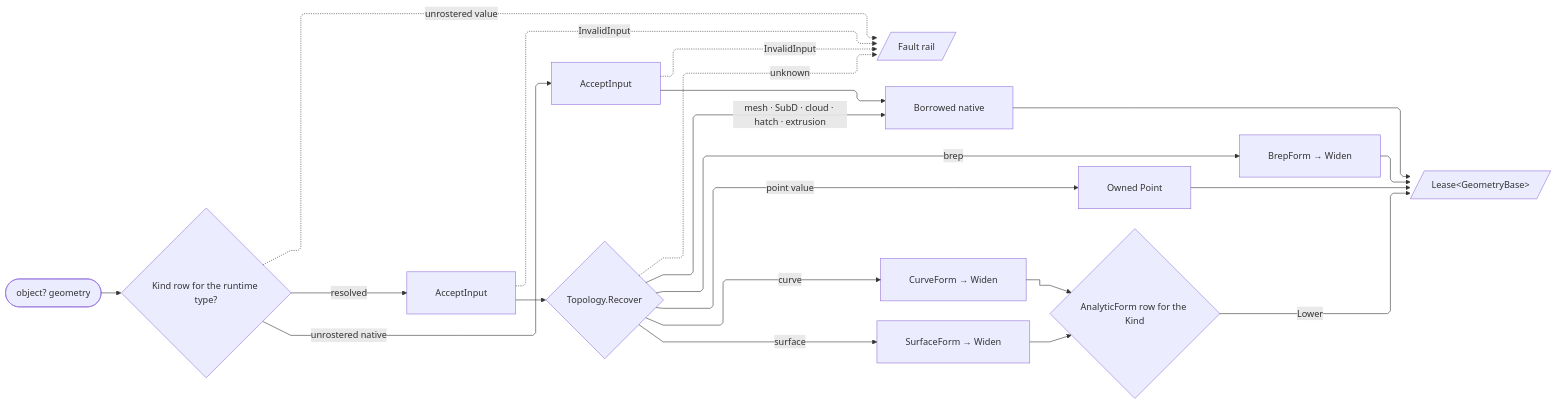
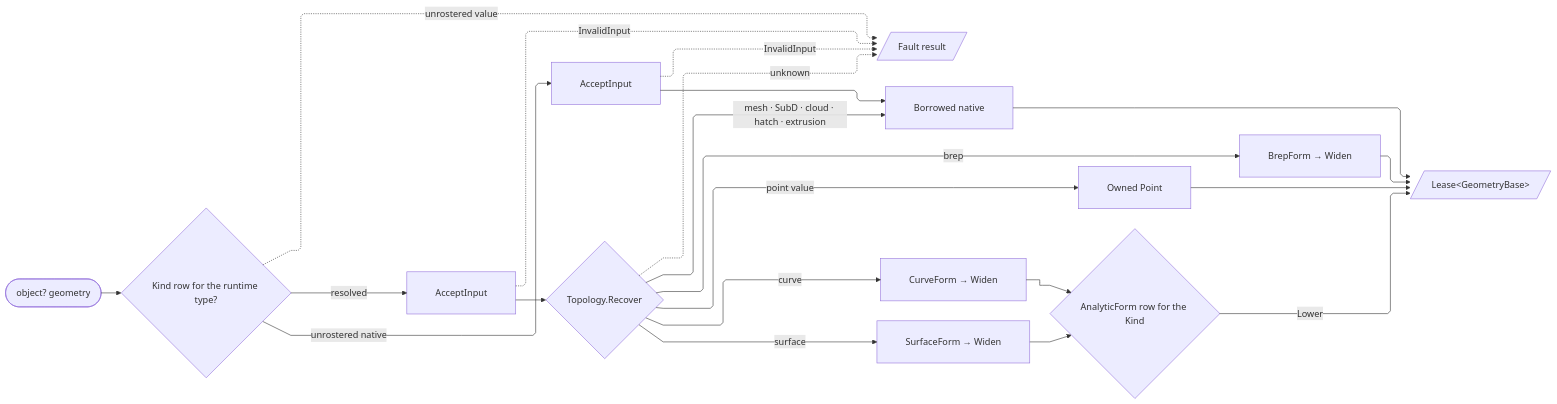
Before and after one commit to bsamiee/Rasm: the diagram in libs/dotnet/Rasm/.planning/Domain/normalization.md, drawn with Mermaid. The commit also changed other lines of this file and 1997 other files, not shown here.

First line of the commit message:
docs: rename rail to result and seam to boundary across the corpus

````diff
--- a/libs/dotnet/Rasm/.planning/Domain/normalization.md
+++ b/libs/dotnet/Rasm/.planning/Domain/normalization.md
@@ -553,32 +550,32 @@
 ```mermaid
 ---
 config:
   layout: elk
   flowchart:
     curve: linear
     padding: 25
 ---
 flowchart LR
     accTitle: GeometryForm normalization dispatch
-    accDescr: One admitted geometry value resolves its Kind row first, then dispatches through the topology row's own recovery into borrowed or owned form leases, while invalid and unrostered non-native inputs converge on the typed fault rail.
+    accDescr: One admitted geometry value resolves its Kind row first, then dispatches through the topology row's own recovery into borrowed or owned form leases, while invalid and unrostered non-native inputs converge on the typed fault result.
     Raw(["object? geometry"]) --> Classify{"Kind row for the runtime type?"}
     Classify -->|resolved| KindAdmit[AcceptInput]
     Classify -->|unrostered native| NativeAdmit[AcceptInput]
-    Classify -.->|unrostered value| Fault[/Fault rail/]
+    Classify -.->|unrostered value| Fault[/Fault result/]
     NativeAdmit -.->|InvalidInput| Fault
     NativeAdmit --> Borrowed[Borrowed native]
     KindAdmit -.->|InvalidInput| Fault
     KindAdmit --> Dispatch{"Topology.Recover"}
     Dispatch -->|point value| Point[Owned Point]
     Dispatch -->|curve| Curve[CurveForm → Widen]
     Dispatch -->|surface| Surface[SurfaceForm → Widen]
     Dispatch -->|brep| Brep[BrepForm → Widen]
     Dispatch -->|mesh · SubD · cloud · hatch · extrusion| Borrowed
     Dispatch -.->|unknown| Fault
     Curve --> Analytic{"AnalyticForm row for the Kind"}
     Surface --> Analytic
     Analytic -->|Lower| GeometryLease[/"Lease&lt;GeometryBase&gt;"/]
     Borrowed --> GeometryLease
     Point --> GeometryLease
     Brep --> GeometryLease
 ```
````
